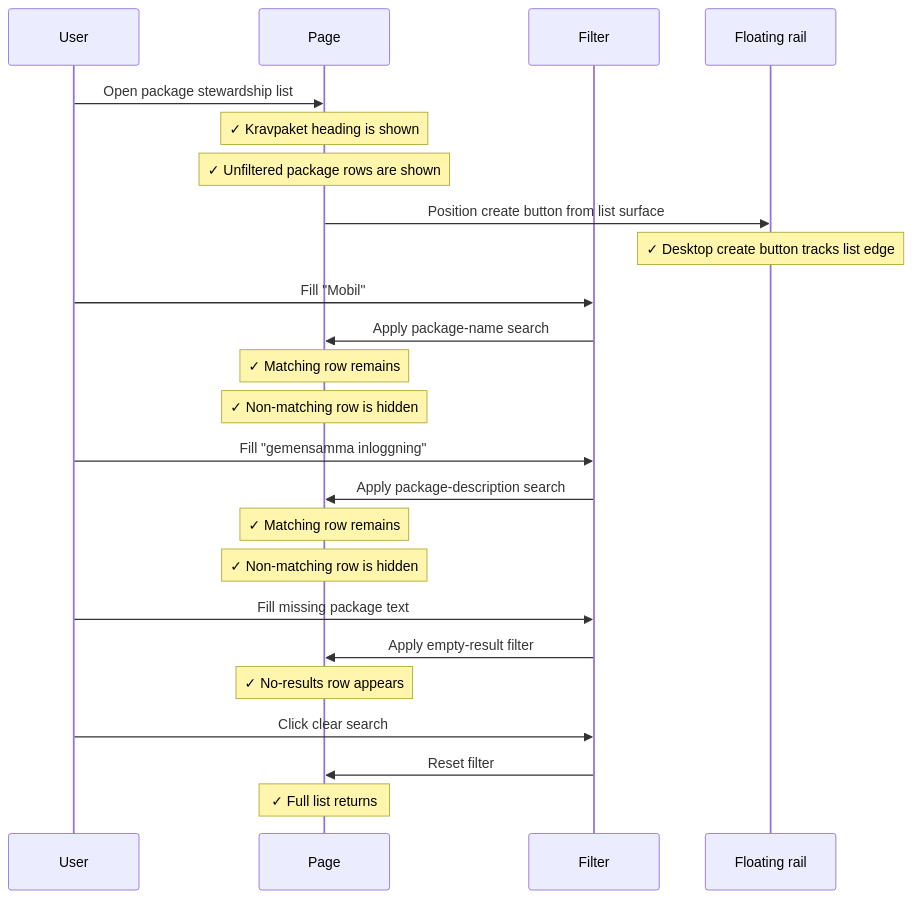
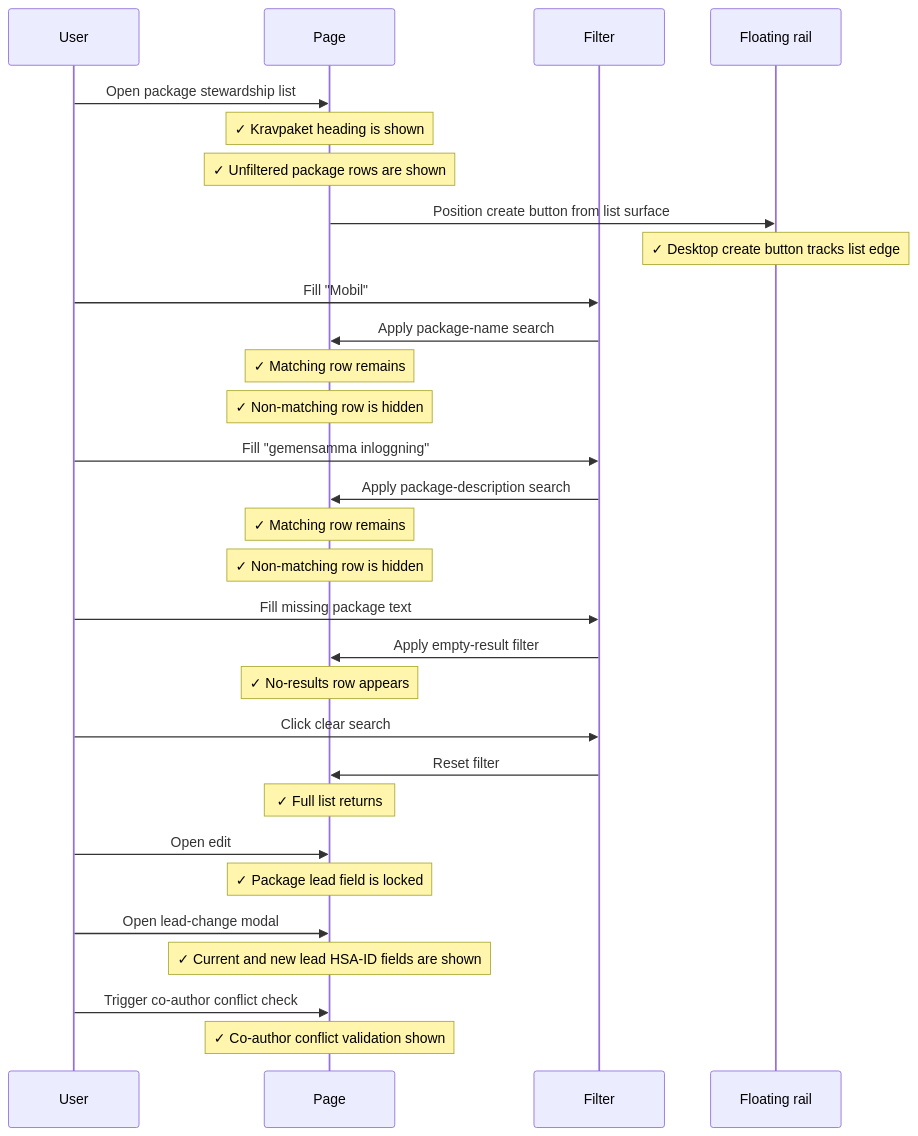
One commit to viscalyx/Kravhantering changed the second of 3 diagrams in tests/integration/requirement-packages-list.md. Above: the diagram before and after it, drawn with Mermaid. The commit also changed 17 other files, not shown here.

````diff
--- a/tests/integration/requirement-packages-list.md
+++ b/tests/integration/requirement-packages-list.md
@@ -82,27 +82,33 @@
 ```mermaid
 sequenceDiagram
     participant U as User
     participant P as Page
     participant F as Filter
     participant R as Floating rail
 
     U->>P: Open package stewardship list
     Note over P: ✓ Kravpaket heading is shown
     Note over P: ✓ Unfiltered package rows are shown
     P->>R: Position create button from list surface
     Note over R: ✓ Desktop create button tracks list edge
     U->>F: Fill "Mobil"
     F->>P: Apply package-name search
     Note over P: ✓ Matching row remains
     Note over P: ✓ Non-matching row is hidden
     U->>F: Fill "gemensamma inloggning"
     F->>P: Apply package-description search
     Note over P: ✓ Matching row remains
     Note over P: ✓ Non-matching row is hidden
     U->>F: Fill missing package text
     F->>P: Apply empty-result filter
     Note over P: ✓ No-results row appears
     U->>F: Click clear search
     F->>P: Reset filter
     Note over P: ✓ Full list returns
+    U->>P: Open edit
+    Note over P: ✓ Package lead field is locked
+    U->>P: Open lead-change modal
+    Note over P: ✓ Current and new lead HSA-ID fields are shown
+    U->>P: Trigger co-author conflict check
+    Note over P: ✓ Co-author conflict validation shown
 ```
````
